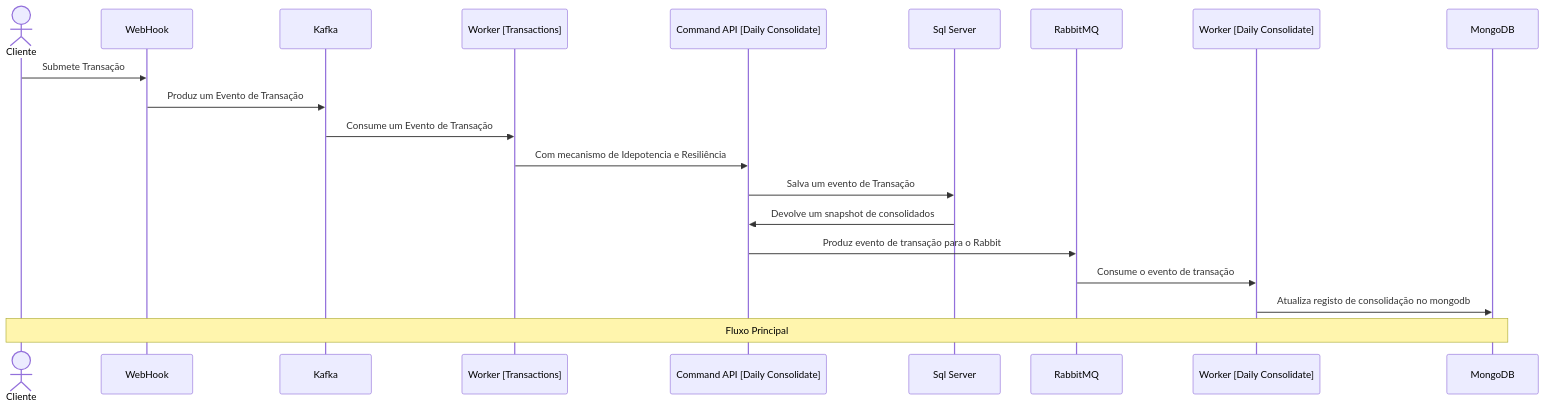
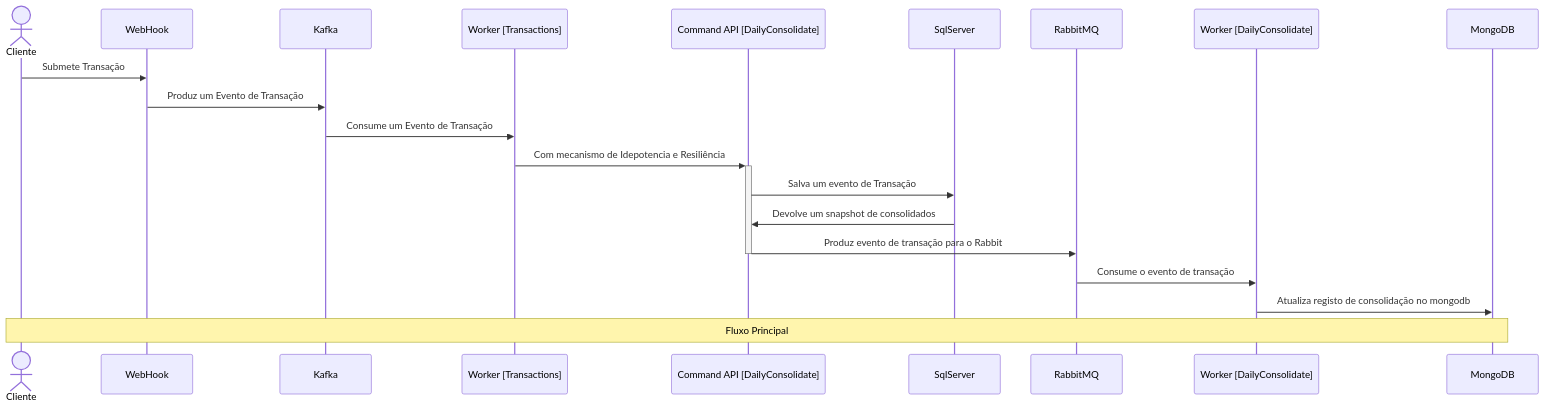
Before and after one commit to thiagocbcunha/arch-solution: the fourth of 4 diagrams in README.md, drawn with Mermaid. The commit also changed other lines of this file, not shown here.

````diff
--- a/README.md
+++ b/README.md
@@ -323,24 +325,24 @@
 ```mermaid
 sequenceDiagram
     actor Cliente
     participant WebHook
     participant Kafka
     participant Worker [Transactions]
-    participant Command API [Daily Consolidate]
-    participant Sql Server
+    participant Command API [DailyConsolidate]
+    participant SqlServer
     participant RabbitMQ
-    participant Worker [Daily Consolidate]
+    participant Worker [DailyConsolidate]
     participant MongoDB
 
     Cliente->>WebHook: Submete Transação
     WebHook->>Kafka: Produz um Evento de Transação
     Kafka->>Worker [Transactions]: Consume um Evento de Transação
-    Worker [Transactions]->>Command API [Daily Consolidate]: Com mecanismo de Idepotencia e Resiliência
-    Command API [Daily Consolidate]->>Sql Server: Salva um evento de Transação
-    Sql Server->>Command API [Daily Consolidate]: Devolve um snapshot de consolidados
-    Command API [Daily Consolidate]->>RabbitMQ: Produz evento de transação para o Rabbit
-    RabbitMQ->>Worker [Daily Consolidate]: Consume o evento de transação
-    Worker [Daily Consolidate]->>MongoDB: Atualiza registo de consolidação no mongodb
+    Worker [Transactions]->>+Command API [DailyConsolidate]: Com mecanismo de Idepotencia e Resiliência
+    Command API [DailyConsolidate]->>SqlServer: Salva um evento de Transação
+    SqlServer->>Command API [DailyConsolidate]: Devolve um snapshot de consolidados
+    Command API [DailyConsolidate]->>-RabbitMQ: Produz evento de transação para o Rabbit
+    RabbitMQ->>Worker [DailyConsolidate]: Consume o evento de transação
+    Worker [DailyConsolidate]->>MongoDB: Atualiza registo de consolidação no mongodb
 
     Note over Cliente, MongoDB: Fluxo Principal
 ```
````
